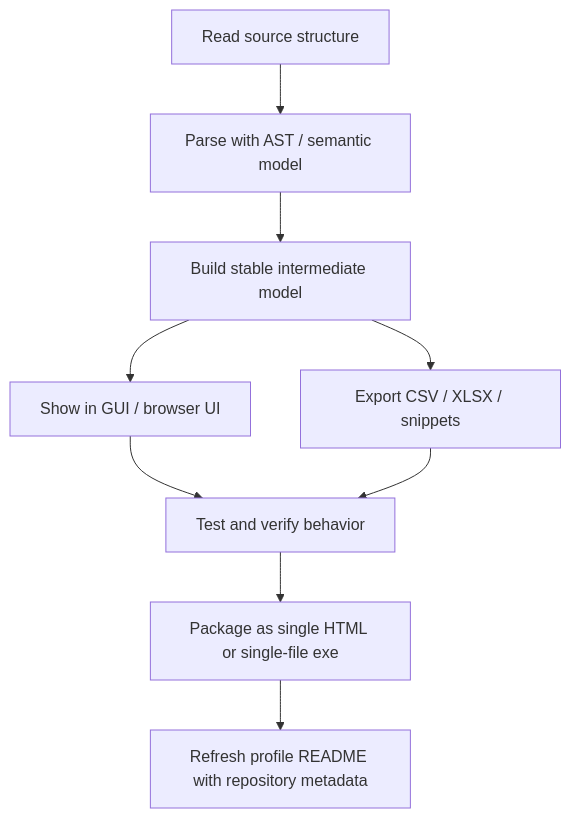
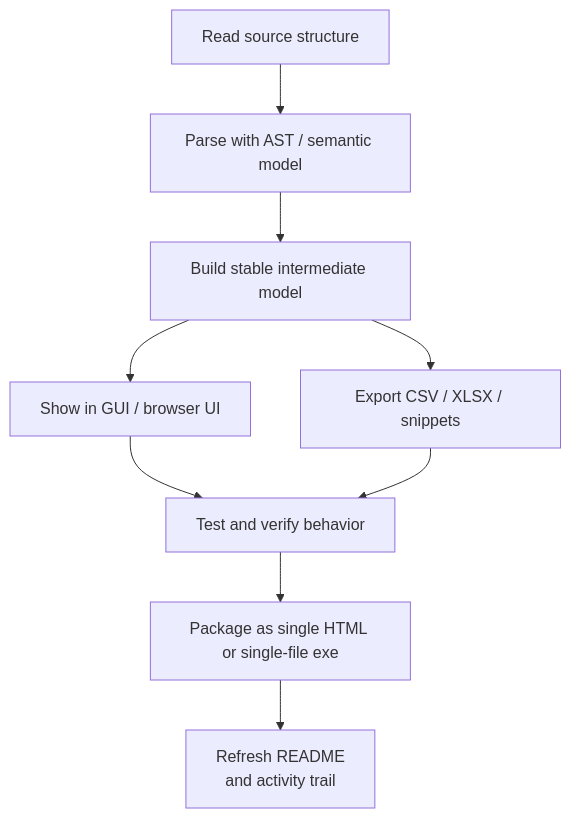
One commit to SSsan-00/SSsan-00 changed the fourth of 4 diagrams in README.md. Above: the diagram before and after it, drawn with Mermaid. The commit also changed other lines of this file and 2 other files, not shown here.

Commit message:
Add contribution snake to profile README

````diff
--- a/README.md
+++ b/README.md
@@ -142,11 +152,11 @@
 ```mermaid
 flowchart TD
   read["Read source structure"] --> parse["Parse with AST / semantic model"]
   parse --> model["Build stable intermediate model"]
   model --> ui["Show in GUI / browser UI"]
   model --> export["Export CSV / XLSX / snippets"]
   ui --> verify["Test and verify behavior"]
   export --> verify
   verify --> package["Package as single HTML or single-file exe"]
-  package --> automate["Refresh profile README with repository metadata"]
+  package --> automate["Refresh README<br/>and activity trail"]
 ```
````
